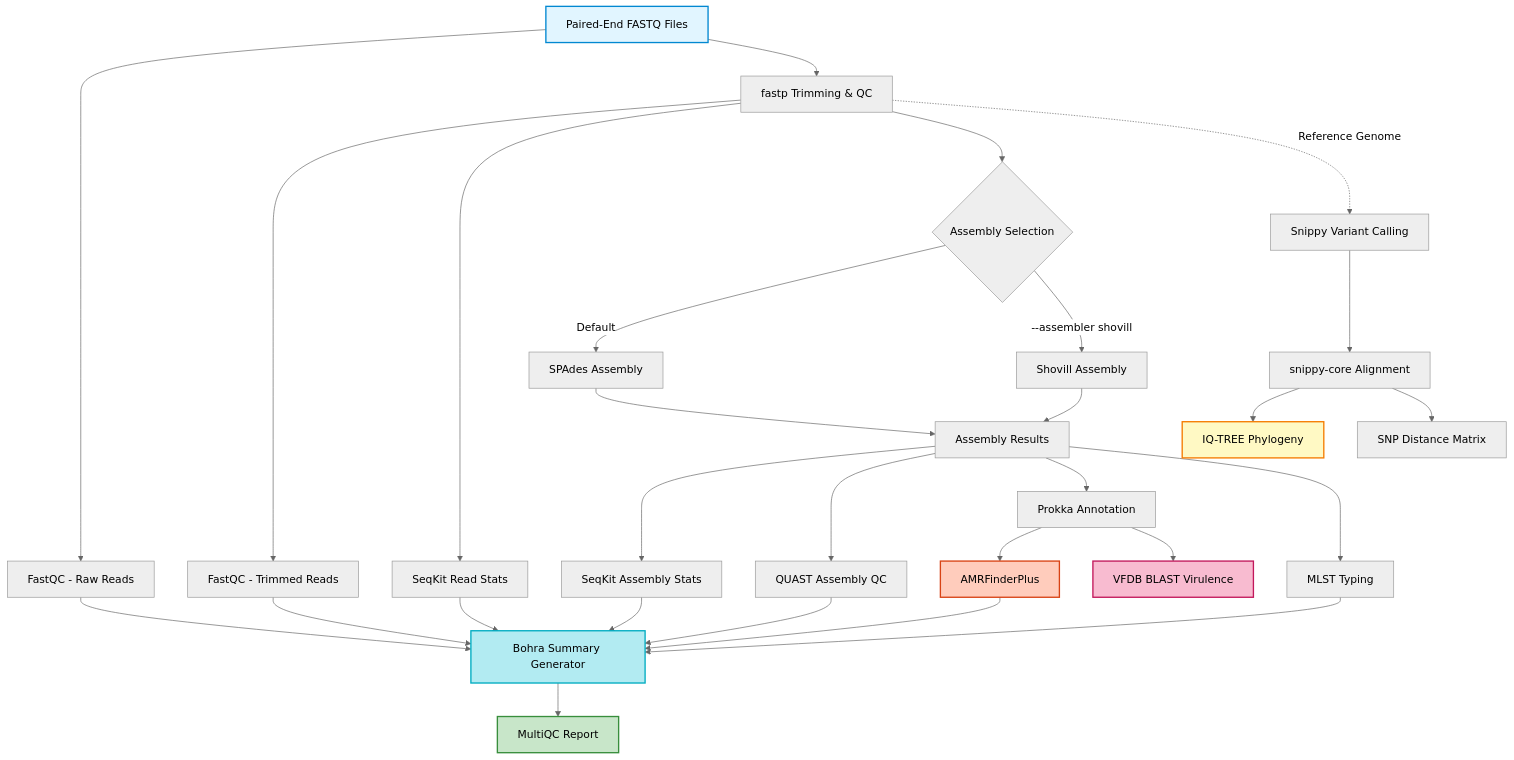
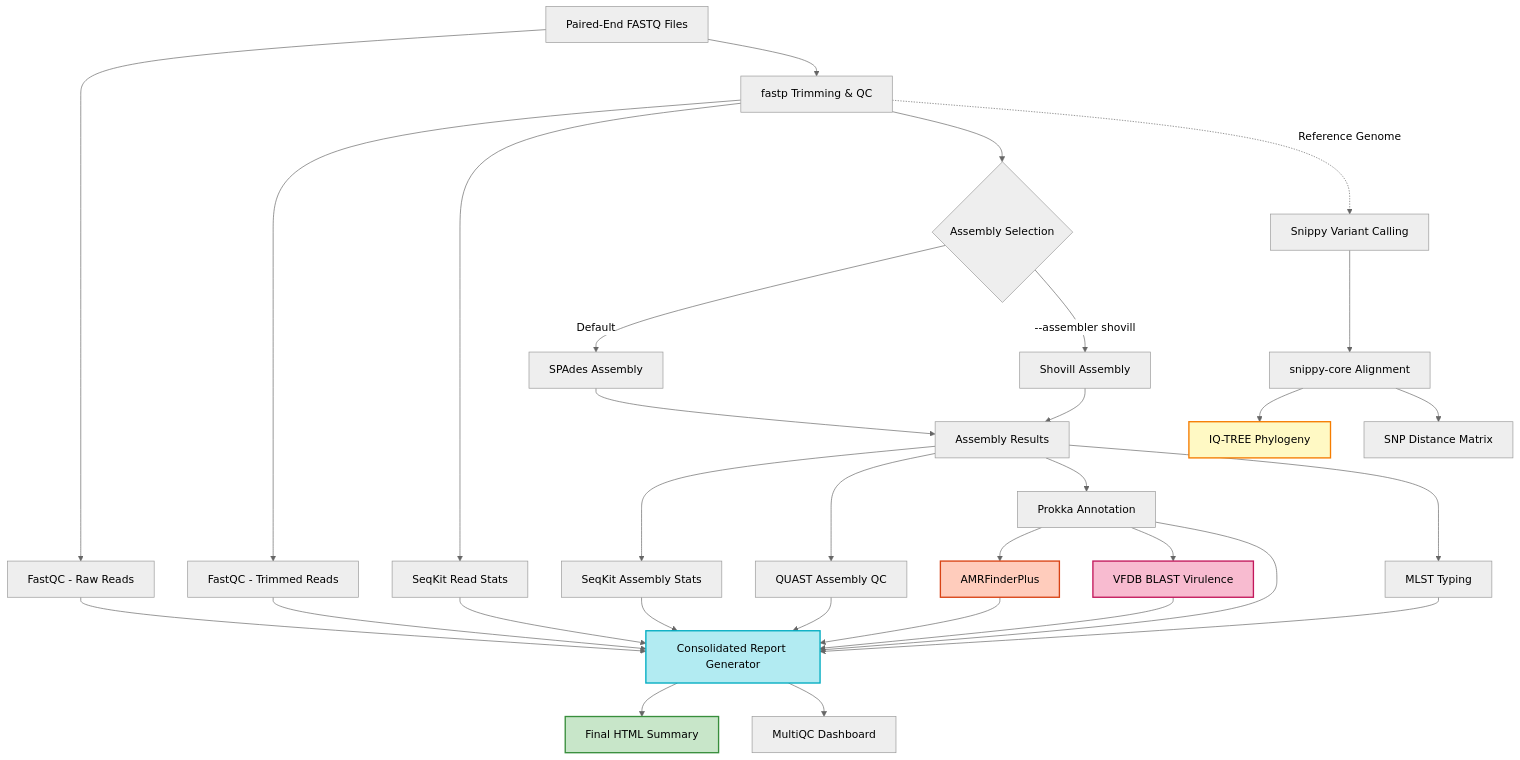
Before and after one commit to cerorziks/bacterial-genome-pipeline: the diagram in README.md, drawn with Mermaid (neutral theme). The commit also changed other lines of this file and 4 other files, not shown here.

Commit message:
Clean up pipeline: remove deprecated Bohra-style summary and consolidate standalone HTML reporting

````diff
--- a/README.md
+++ b/README.md
@@ -22,45 +22,48 @@
 ```mermaid
 graph TD
     A[Paired-End FASTQ Files] --> B[FastQC - Raw Reads]
     A --> C[fastp Trimming & QC]
     
     C --> D[FastQC - Trimmed Reads]
     C --> S1[SeqKit Read Stats]
     C --> E{Assembly Selection}
     
     E -- Default --> E1[SPAdes Assembly]
     E -- "--assembler shovill" --> E2[Shovill Assembly]
     
     E1 --> F[Assembly Results]
     E2 --> F
     
     F --> S2[SeqKit Assembly Stats]
     F --> G[QUAST Assembly QC]
     F --> H[Prokka Annotation]
     F --> I[MLST Typing]
     
     H --> J[AMRFinderPlus]
     H --> K[VFDB BLAST Virulence]
     
     C -.Reference Genome.-> L[Snippy Variant Calling]
     L --> M[snippy-core Alignment]
     M --> N[IQ-TREE Phylogeny]
     M --> P[SNP Distance Matrix]
     
-    B --> BS[Bohra Summary Generator]
+    BS[Consolidated Report Generator]
+    
+    B --> BS
     D --> BS
     S1 --> BS
     S2 --> BS
     G --> BS
     J --> BS
     I --> BS
+    H --> BS
+    K --> BS
     
-    BS --> Q[MultiQC Report]
-    
-    style A fill:#e1f5ff,stroke:#0288d1,stroke-width:2px
+    BS --> Q[Final HTML Summary]
+    BS --> MQC[MultiQC Dashboard]
     style Q fill:#c8e6c9,stroke:#388e3c,stroke-width:2px
     style N fill:#fff9c4,stroke:#f57c00,stroke-width:2px
     style J fill:#ffccbc,stroke:#d84315,stroke-width:2px
     style K fill:#f8bbd0,stroke:#c2185b,stroke-width:2px
     style BS fill:#b2ebf2,stroke:#00acc1,stroke-width:2px
 ```
````
